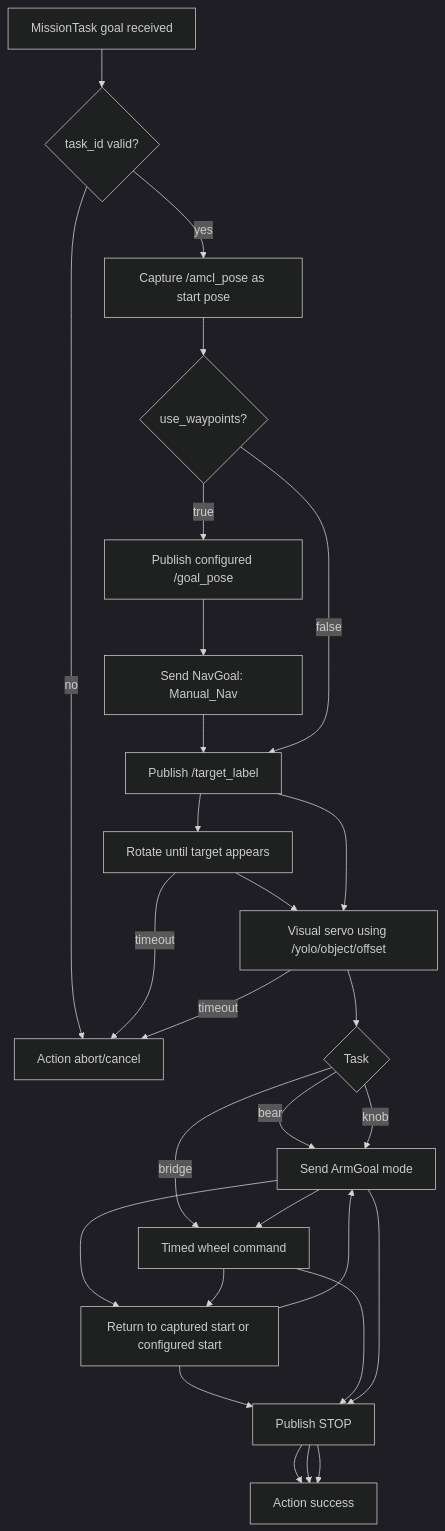
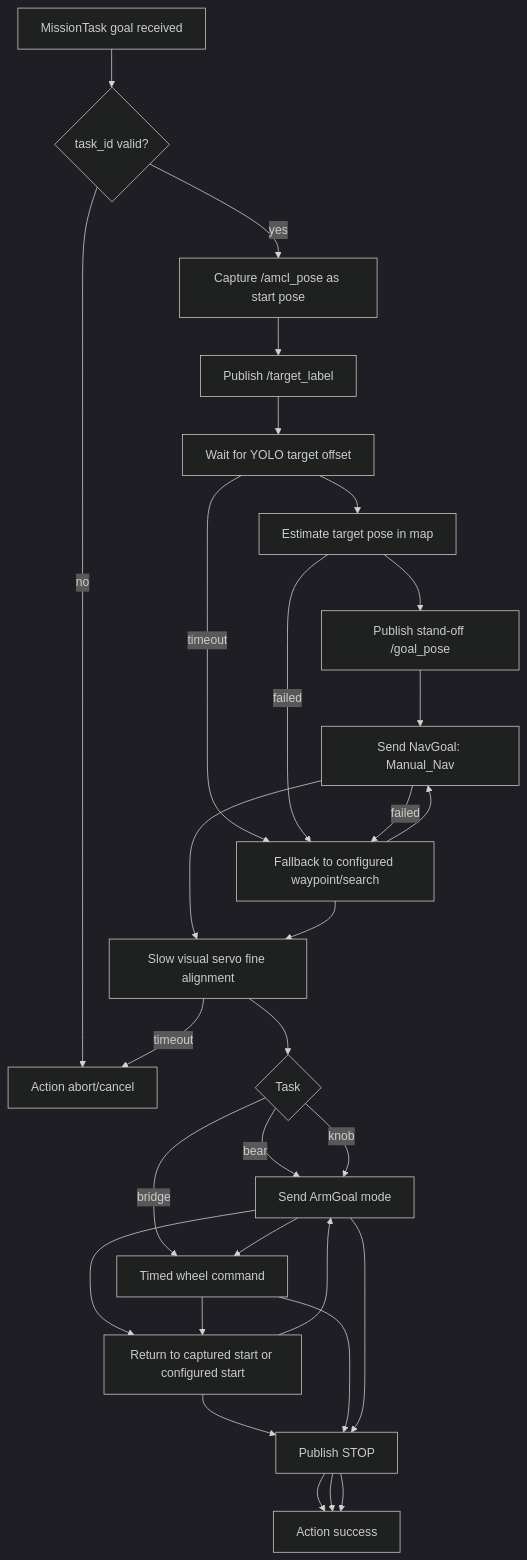
The third of 4 diagrams in docs/project_architecture_review.md (Qian-0203/robotic_nav_final), drawn with Mermaid (dark theme) before and after one commit. The commit also changed other lines of this file and 9 other files, not shown here.

````diff
--- a/docs/project_architecture_review.md
+++ b/docs/project_architecture_review.md
@@ -111,38 +111,39 @@
 ```mermaid
 flowchart TD
     Start[MissionTask goal received]
     Validate{task_id valid?}
     Capture[Capture /amcl_pose as start pose]
-    NavMode{use_waypoints?}
-    PublishWaypoint[Publish configured /goal_pose]
+    SetLabel[Publish /target_label]
+    Detect[Wait for YOLO target offset]
+    Estimate[Estimate target pose in map]
+    PublishDynamicGoal[Publish stand-off /goal_pose]
     SendNav[Send NavGoal: Manual_Nav]
-    SetLabel[Publish /target_label]
-    Search[Rotate until target appears]
-    Servo[Visual servo using /yolo/object/offset]
+    Fallback[Fallback to configured waypoint/search]
+    Servo[Slow visual servo fine alignment]
     ArmGoal[Send ArmGoal mode]
     TimedDrive[Timed wheel command]
     ReturnStart[Return to captured start or configured start]
     Stop[Publish STOP]
     Done[Action success]
     Fail[Action abort/cancel]
 
     Start --> Validate
     Validate -- no --> Fail
     Validate -- yes --> Capture
-    Capture --> NavMode
-    NavMode -- true --> PublishWaypoint --> SendNav --> SetLabel
-    NavMode -- false --> SetLabel --> Search
-    Search --> Servo
-    SetLabel --> Servo
+    Capture --> SetLabel --> Detect --> Estimate --> PublishDynamicGoal --> SendNav --> Servo
+    Detect -- timeout --> Fallback
+    Estimate -- failed --> Fallback
+    SendNav -- failed --> Fallback
+    Fallback --> SendNav
+    Fallback --> Servo
 
     Servo --> TaskChoice{Task}
     TaskChoice -- bear --> ArmGoal --> ReturnStart --> ArmGoal
     TaskChoice -- bridge --> TimedDrive --> ReturnStart
     TaskChoice -- knob --> ArmGoal --> TimedDrive
 
     ReturnStart --> Stop --> Done
     TimedDrive --> Stop --> Done
     ArmGoal --> Stop --> Done
-    Search -- timeout --> Fail
     Servo -- timeout --> Fail
 ```
````
